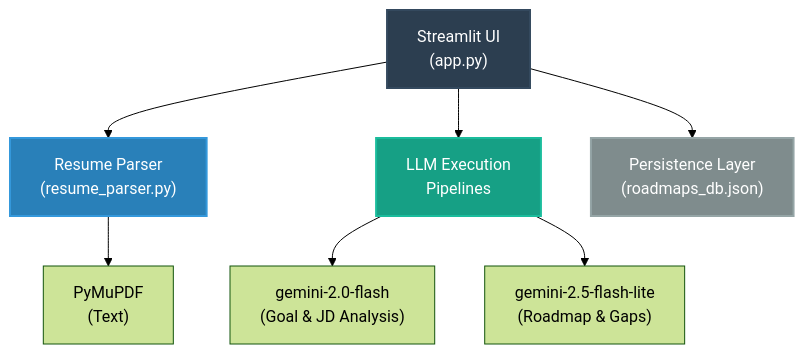
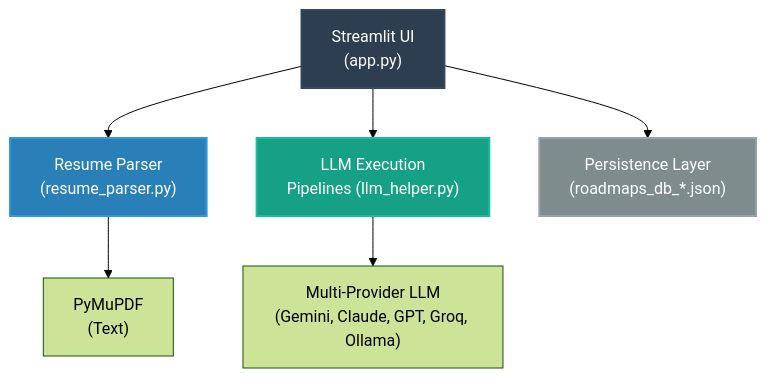
Before and after one commit to sizwinz/SkillWise: the diagram in README.md, drawn with Mermaid (forest theme). The commit also changed other lines of this file and 17 other files, not shown here.

````diff
--- a/README.md
+++ b/README.md
@@ -76,28 +75,25 @@
 ```mermaid
 graph TD
     %% Nodes
     UI["Streamlit UI<br>(app.py)"]
     Parser["Resume Parser<br>(resume_parser.py)"]
-    LLM["LLM Execution<br>Pipelines"]
-    DB["Persistence Layer<br>(roadmaps_db.json)"]
+    LLM["LLM Execution<br>Pipelines (llm_helper.py)"]
+    DB["Persistence Layer<br>(roadmaps_db_*.json)"]
     
     PyMuPDF["PyMuPDF<br>(Text)"]
-    GeminiFlash["gemini-2.0-flash<br>(Goal & JD Analysis)"]
-    GeminiLite["gemini-2.5-flash-lite<br>(Roadmap & Gaps)"]
+    LLMEngine["Multi-Provider LLM<br>(Gemini, Claude, GPT, Groq, Ollama)"]
 
     %% Connections
     UI --> Parser
     UI --> LLM
     UI --> DB
 
     Parser --> PyMuPDF
-    LLM --> GeminiFlash
-    LLM --> GeminiLite
+    LLM --> LLMEngine
 
-    %% Styling (Optional)
+    %% Styling
     style UI fill:#2c3e50,stroke:#34495e,stroke-width:2px,color:#fff
     style LLM fill:#16a085,stroke:#1abc9c,stroke-width:2px,color:#fff
     style Parser fill:#2980b9,stroke:#3498db,stroke-width:2px,color:#fff
     style DB fill:#7f8c8d,stroke:#95a5a6,stroke-width:2px,color:#fff
-
 ```
````
